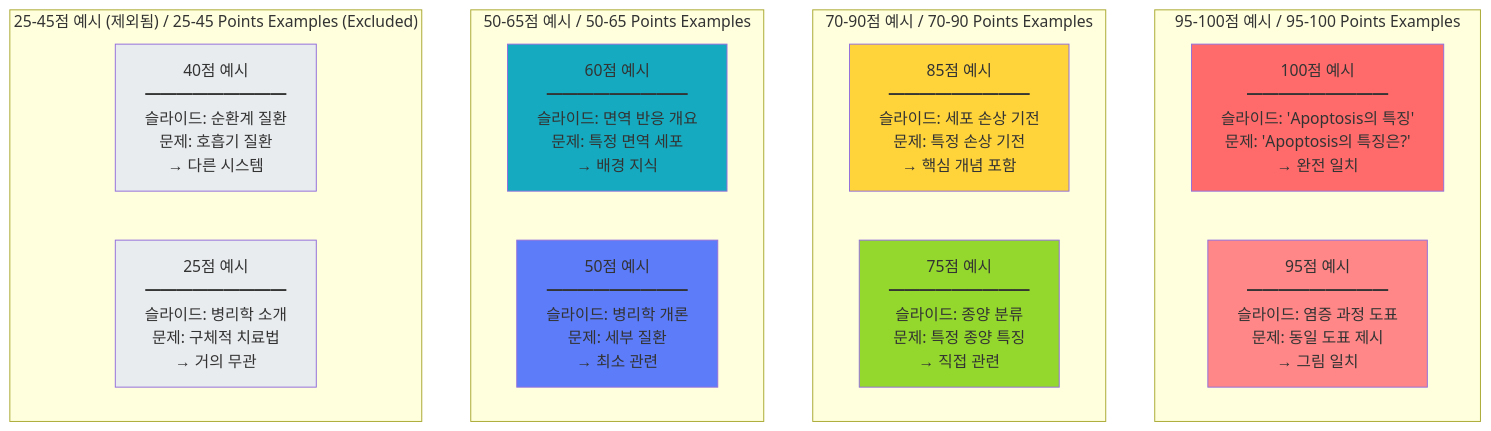
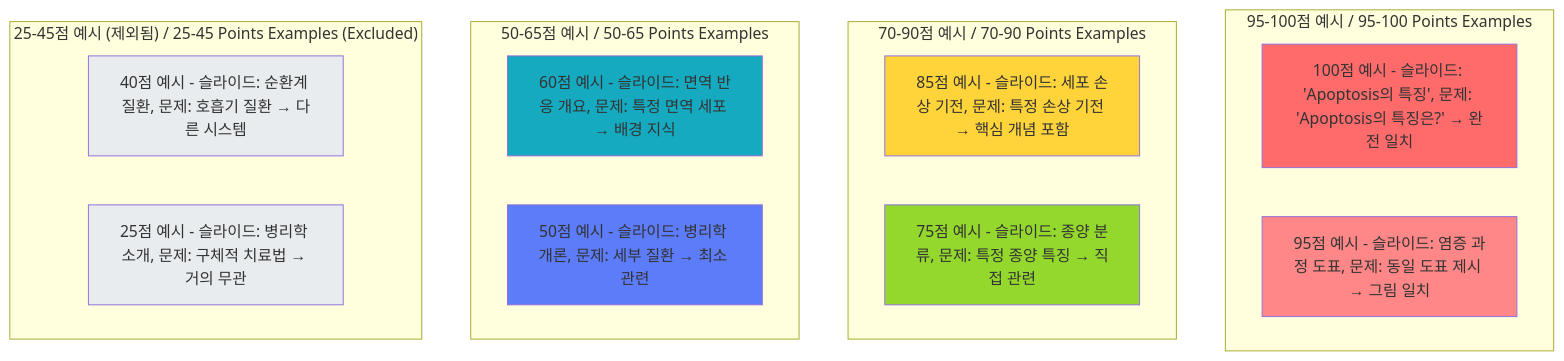
One commit to ksw6895/jokbodude changed diagram 20 of 39 in architecture.md. Above: the diagram before and after it, drawn with Mermaid. The commit also changed other lines of this file, not shown here.

First line of the commit message:
fix: architecture.md Mermaid 다이어그램 파싱 오류 수정

````diff
--- a/architecture.md
+++ b/architecture.md
@@ -1142,31 +1142,31 @@
 ```mermaid
 graph TB
     subgraph "95-100점 예시 / 95-100 Points Examples"
-        E100["100점 예시<br/>━━━━━━━━━<br/>슬라이드: 'Apoptosis의 특징'<br/>문제: 'Apoptosis의 특징은?'<br/>→ 완전 일치"]
-        E95["95점 예시<br/>━━━━━━━━━<br/>슬라이드: 염증 과정 도표<br/>문제: 동일 도표 제시<br/>→ 그림 일치"]
+        E100["100점 예시 - 슬라이드: 'Apoptosis의 특징', 문제: 'Apoptosis의 특징은?' → 완전 일치"]
+        E95["95점 예시 - 슬라이드: 염증 과정 도표, 문제: 동일 도표 제시 → 그림 일치"]
     end
     
     subgraph "70-90점 예시 / 70-90 Points Examples"
-        E85["85점 예시<br/>━━━━━━━━━<br/>슬라이드: 세포 손상 기전<br/>문제: 특정 손상 기전<br/>→ 핵심 개념 포함"]
-        E75["75점 예시<br/>━━━━━━━━━<br/>슬라이드: 종양 분류<br/>문제: 특정 종양 특징<br/>→ 직접 관련"]
+        E85["85점 예시 - 슬라이드: 세포 손상 기전, 문제: 특정 손상 기전 → 핵심 개념 포함"]
+        E75["75점 예시 - 슬라이드: 종양 분류, 문제: 특정 종양 특징 → 직접 관련"]
     end
     
     subgraph "50-65점 예시 / 50-65 Points Examples"
-        E60["60점 예시<br/>━━━━━━━━━<br/>슬라이드: 면역 반응 개요<br/>문제: 특정 면역 세포<br/>→ 배경 지식"]
-        E50["50점 예시<br/>━━━━━━━━━<br/>슬라이드: 병리학 개론<br/>문제: 세부 질환<br/>→ 최소 관련"]
+        E60["60점 예시 - 슬라이드: 면역 반응 개요, 문제: 특정 면역 세포 → 배경 지식"]
+        E50["50점 예시 - 슬라이드: 병리학 개론, 문제: 세부 질환 → 최소 관련"]
     end
     
     subgraph "25-45점 예시 (제외됨) / 25-45 Points Examples (Excluded)"
-        E40["40점 예시<br/>━━━━━━━━━<br/>슬라이드: 순환계 질환<br/>문제: 호흡기 질환<br/>→ 다른 시스템"]
-        E25["25점 예시<br/>━━━━━━━━━<br/>슬라이드: 병리학 소개<br/>문제: 구체적 치료법<br/>→ 거의 무관"]
+        E40["40점 예시 - 슬라이드: 순환계 질환, 문제: 호흡기 질환 → 다른 시스템"]
+        E25["25점 예시 - 슬라이드: 병리학 소개, 문제: 구체적 치료법 → 거의 무관"]
     end
     
     style E100 fill:#ff6b6b
     style E95 fill:#ff8787
     style E85 fill:#ffd43b
     style E75 fill:#94d82d
     style E60 fill:#15aabf
     style E50 fill:#5c7cfa
     style E40 fill:#e9ecef
     style E25 fill:#e9ecef
 ```
````
